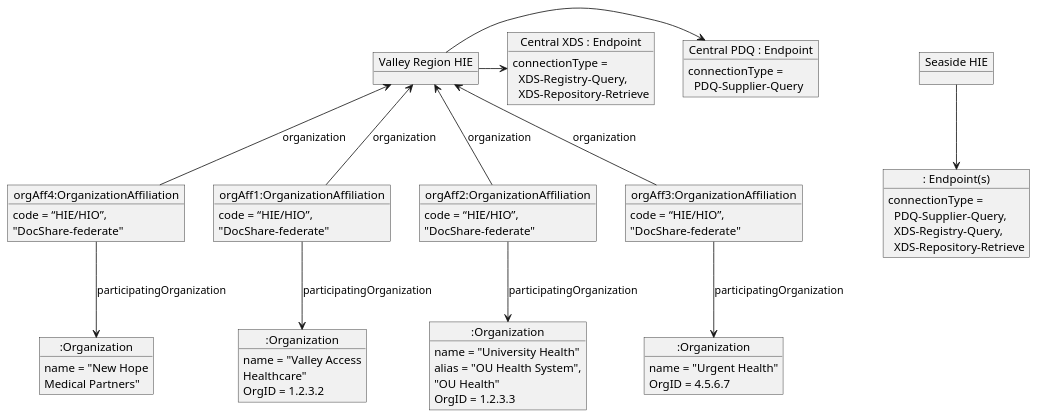
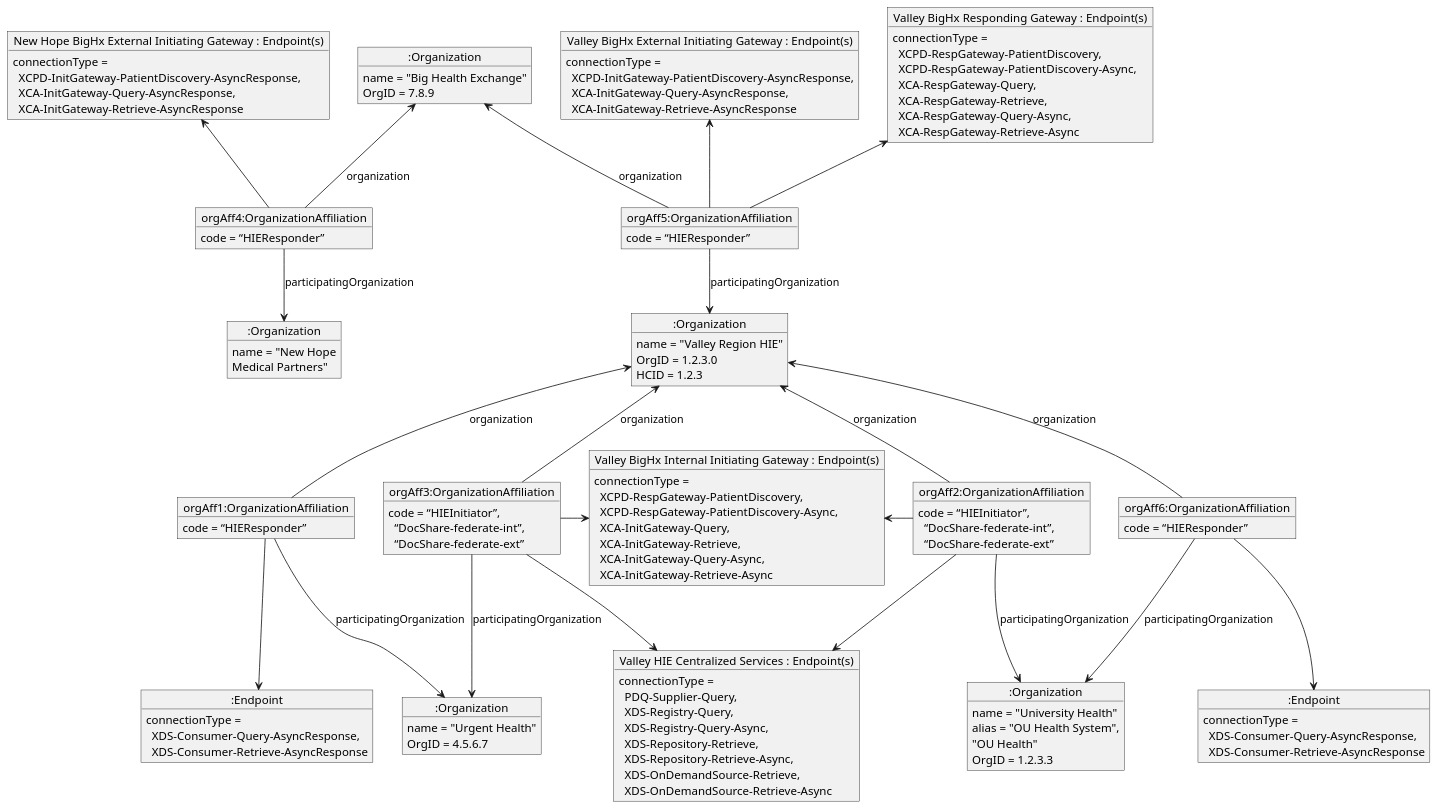
One commit to IHE/ITI.Topologies changed the diagram in images-source/access-intra-central-orgAff.plantuml. Above: the diagram before and after it, drawn with PlantUML.

Commit message:
Reflects latest codes and logic

```diff
--- a/images-source/access-intra-central-orgAff.plantuml
+++ b/images-source/access-intra-central-orgAff.plantuml
@@ -1,60 +1,88 @@
 @startuml
 hide footbox
-allowmixing
+
+object ":Organization" as nhie
+nhie : name = "Big Health Exchange"
+nhie : OrgID = 7.8.9
 
 object ":Organization" as Partners
 Partners : name = "New Hope\nMedical Partners"
 
-object "Seaside HIE" as hie2
-object ": Endpoint(s)" as sEndpoints
-sEndpoints : connectionType = \n  PDQ-Supplier-Query,\n  XDS-Registry-Query,\n  XDS-Repository-Retrieve
-hie2 --> sEndpoints
+object "New Hope BigHx External Initiating Gateway : Endpoint(s)" as ig1
+ig1 : connectionType =\n  XCPD-InitGateway-PatientDiscovery-AsyncResponse,\n  XCA-InitGateway-Query-AsyncResponse,\n  XCA-InitGateway-Retrieve-AsyncResponse
 
-object "Valley Region HIE" as hie
+object "orgAff4:OrganizationAffiliation" as OrgAff4
+OrgAff4 : code = “HIEResponder”
+OrgAff4 --> Partners : participatingOrganization
+nhie <-- OrgAff4 : organization
+ig1 <-- OrgAff4
 
-object ":Organization" as Valley
-Valley : name = "Valley Access\nHealthcare"
-Valley : OrgID = 1.2.3.2
+object ":Organization" as hie
+hie : name = "Valley Region HIE"
+hie : OrgID = 1.2.3.0
+hie : HCID = 1.2.3
+
+object "orgAff5:OrganizationAffiliation" as OrgAff5
+OrgAff5 : code = “HIEResponder”
+OrgAff5 --> hie : participatingOrganization
+nhie <-- OrgAff5 : organization
+
+object "Valley BigHx Responding Gateway : Endpoint(s)" as rg1
+rg1 : connectionType = \n  XCPD-RespGateway-PatientDiscovery,\n  XCPD-RespGateway-PatientDiscovery-Async,\n  XCA-RespGateway-Query,\n  XCA-RespGateway-Retrieve,\n  XCA-RespGateway-Query-Async,\n  XCA-RespGateway-Retrieve-Async
+rg1 <-- OrgAff5
+
+object "Valley BigHx External Initiating Gateway : Endpoint(s)" as ig2
+ig2 : connectionType =\n  XCPD-InitGateway-PatientDiscovery-AsyncResponse,\n  XCA-InitGateway-Query-AsyncResponse,\n  XCA-InitGateway-Retrieve-AsyncResponse
+ig2 <-- OrgAff5
+
+object "Valley BigHx Internal Initiating Gateway : Endpoint(s)" as ig3
+ig3 : connectionType = \n  XCPD-RespGateway-PatientDiscovery,\n  XCPD-RespGateway-PatientDiscovery-Async,\n  XCA-InitGateway-Query,\n  XCA-InitGateway-Retrieve,\n  XCA-InitGateway-Query-Async,\n  XCA-InitGateway-Retrieve-Async
+
+object "Valley HIE Centralized Services : Endpoint(s)" as hieEndpoints
+hieEndpoints : connectionType = \n  PDQ-Supplier-Query,\n  XDS-Registry-Query,\n  XDS-Registry-Query-Async,\n  XDS-Repository-Retrieve,\n  XDS-Repository-Retrieve-Async,\n  XDS-OnDemandSource-Retrieve,\n  XDS-OnDemandSource-Retrieve-Async
 
 object ":Organization" as OU
 OU : name = "University Health"
 OU : alias = "OU Health System",\n"OU Health"
 OU : OrgID = 1.2.3.3
 
 object ":Organization" as Urgent
 Urgent : name = "Urgent Health"
 Urgent : OrgID = 4.5.6.7
 
-object "orgAff4:OrganizationAffiliation" as OrgAff4
-OrgAff4 --> Partners : participatingOrganization
-hie <-- OrgAff4 : organization
-OrgAff4 : code = “HIE/HIO”,\n"DocShare-federate"
-
-object "Central PDQ : Endpoint" as vEndpoints
-vEndpoints : connectionType = \n  PDQ-Supplier-Query
-
-object "Central XDS : Endpoint" as ouEndpoints
-ouEndpoints : connectionType = \n  XDS-Registry-Query,\n  XDS-Repository-Retrieve
-
 object "orgAff1:OrganizationAffiliation" as OrgAff1
-OrgAff1 : code = “HIE/HIO”,\n"DocShare-federate"
-
-OrgAff1 --> Valley : participatingOrganization
+OrgAff1 : code = “HIEResponder”
+OrgAff1 --> Urgent : participatingOrganization
 hie <-- OrgAff1 : organization
 
 object "orgAff2:OrganizationAffiliation" as OrgAff2
-OrgAff2 : code = “HIE/HIO”,\n"DocShare-federate"
-
+OrgAff2 : code = “HIEInitiator”,\n  “DocShare-federate-int”,\n  “DocShare-federate-ext”
 OrgAff2 --> OU : participatingOrganization
 hie <-- OrgAff2 : organization
+ig3 <- OrgAff2
+OrgAff2 -> hieEndpoints
 
 object "orgAff3:OrganizationAffiliation" as OrgAff3
-OrgAff3 : code = “HIE/HIO”,\n"DocShare-federate"
-
+OrgAff3 : code = “HIEInitiator”,\n  “DocShare-federate-int”,\n  “DocShare-federate-ext”
 OrgAff3 --> Urgent : participatingOrganization
 hie <-- OrgAff3 : organization
+OrgAff3 -> ig3
+OrgAff3 -> hieEndpoints
 
-hie -> vEndpoints
-hie -> ouEndpoints
+object "orgAff6:OrganizationAffiliation" as OrgAff6
+OrgAff6 : code = “HIEResponder”
+OrgAff6 --> OU : participatingOrganization
+hie <-- OrgAff6 : organization
+
+ig3 -[hidden]- hieEndpoints
+OrgAff1 -[hidden] OrgAff3
+
+object ":Endpoint" as con2
+con2 : connectionType = \n  XDS-Consumer-Query-AsyncResponse,\n  XDS-Consumer-Retrieve-AsyncResponse
+OrgAff6 --> con2
+
+object ":Endpoint" as con3
+con3 : connectionType = \n  XDS-Consumer-Query-AsyncResponse,\n  XDS-Consumer-Retrieve-AsyncResponse
+OrgAff1 --> con3
 
 @enduml
```
